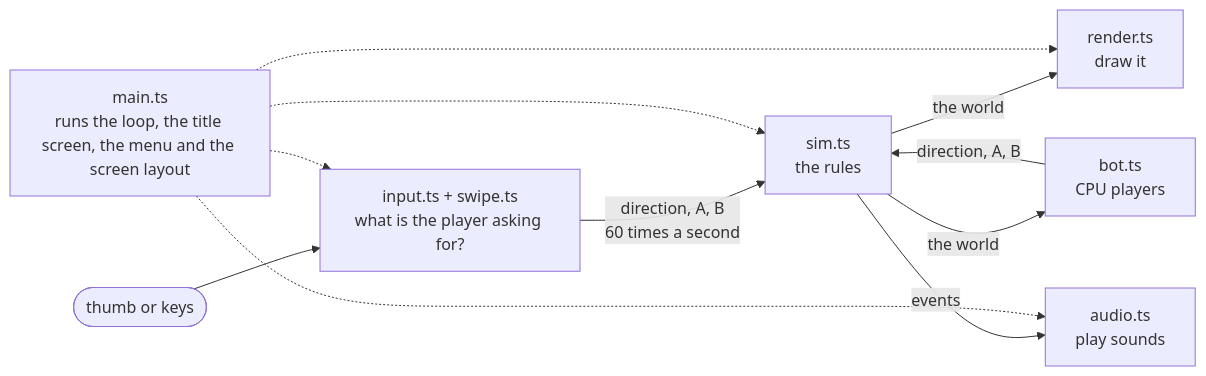
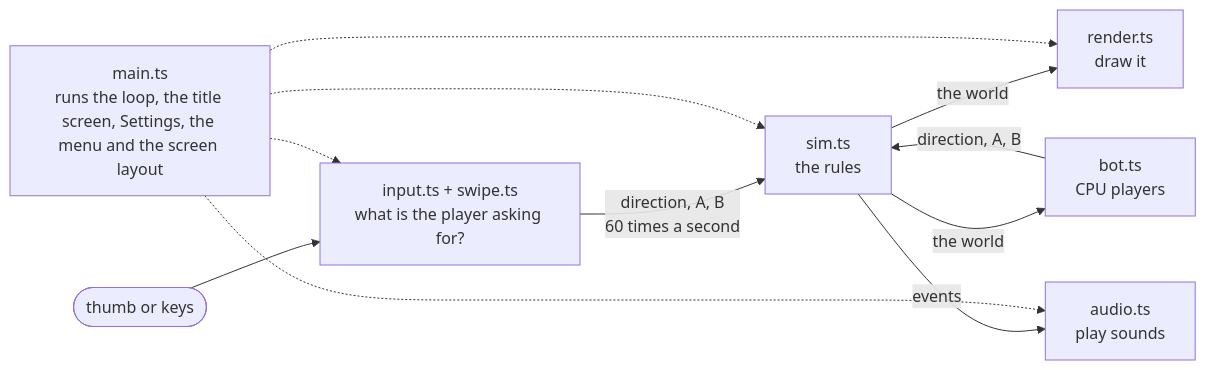
Before and after one commit to codybakerxx/BomberBot: the diagram in docs/CODE-GUIDE.md, drawn with Mermaid. The commit also changed other lines of this file and 40 other files, not shown here.

````diff
--- a/docs/CODE-GUIDE.md
+++ b/docs/CODE-GUIDE.md
@@ -9,13 +9,13 @@
 ```mermaid
 flowchart LR
   T([thumb or keys]) --> I["input.ts + swipe.ts<br>what is the player asking for?"]
   I -- "direction, A, B<br>60 times a second" --> S["sim.ts<br>the rules"]
   S -- "the world" --> R["render.ts<br>draw it"]
   S -- "events" --> A["audio.ts<br>play sounds"]
   S -- "the world" --> B["bot.ts<br>CPU players"]
   B -- "direction, A, B" --> S
-  M["main.ts<br>runs the loop, the title screen, the menu and the screen layout"] -.-> I
+  M["main.ts<br>runs the loop, the title screen, Settings, the menu and the screen layout"] -.-> I
   M -.-> S
   M -.-> R
   M -.-> A
 ```
````
